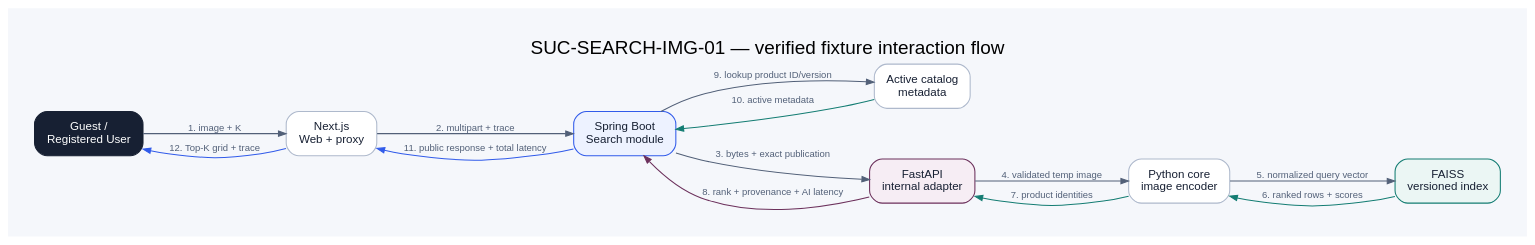
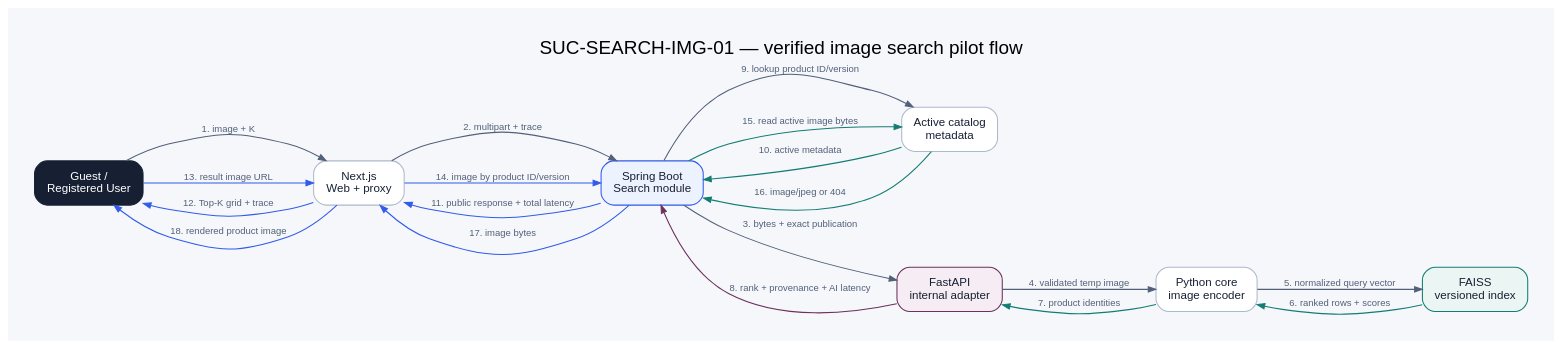
Before and after one commit to khoapoke/fasearch: the diagram in tools/diagrams/week6/image-search-sequence.v1.dot, drawn with Graphviz. The commit also changed 16 other files, not shown here.

First line of the commit message:
feat(search): verify 600-product CLIP pilot and serve images

```diff
--- a/tools/diagrams/week6/image-search-sequence.v1.dot
+++ b/tools/diagrams/week6/image-search-sequence.v1.dot
@@ -1,51 +1,57 @@
 digraph ImageSearchSequence {
   graph [
     rankdir=LR,
     bgcolor="#f5f7fb",
     pad="0.35",
     nodesep="0.5",
     ranksep="0.65",
     fontname="Arial",
-    label="SUC-SEARCH-IMG-01 — verified fixture interaction flow",
+    label="SUC-SEARCH-IMG-01 — verified image search pilot flow",
     labelloc="t",
     fontsize="18"
   ];
   node [
     shape=box,
     style="rounded,filled",
     fillcolor="#ffffff",
     color="#aeb9cc",
     fontcolor="#172033",
     fontname="Arial",
     fontsize="11",
     margin="0.16,0.12"
   ];
   edge [
     color="#526078",
     fontcolor="#526078",
     fontname="Arial",
     fontsize="9",
     arrowsize="0.72"
   ];
 
   guest [label="Guest /\nRegistered User", fillcolor="#172033", fontcolor="#ffffff", color="#172033"];
   web [label="Next.js\nWeb + proxy"];
   api [label="Spring Boot\nSearch module", fillcolor="#edf2ff", color="#315bea"];
   catalog [label="Active catalog\nmetadata"];
   fastapi [label="FastAPI\ninternal adapter", fillcolor="#f6edf4", color="#6c315c"];
   core [label="Python core\nimage encoder"];
   faiss [label="FAISS\nversioned index", fillcolor="#ebf6f4", color="#147d73"];
 
   guest -> web [label="1. image + K"];
   web -> api [label="2. multipart + trace"];
   api -> fastapi [label="3. bytes + exact publication"];
   fastapi -> core [label="4. validated temp image"];
   core -> faiss [label="5. normalized query vector"];
   faiss -> core [label="6. ranked rows + scores", color="#147d73"];
   core -> fastapi [label="7. product identities", color="#147d73"];
   fastapi -> api [label="8. rank + provenance + AI latency", color="#6c315c"];
   api -> catalog [label="9. lookup product ID/version"];
   catalog -> api [label="10. active metadata", color="#147d73"];
   api -> web [label="11. public response + total latency", color="#315bea"];
   web -> guest [label="12. Top-K grid + trace", color="#315bea"];
+  guest -> web [label="13. result image URL", color="#315bea"];
+  web -> api [label="14. image by product ID/version", color="#315bea"];
+  api -> catalog [label="15. read active image bytes", color="#147d73"];
+  catalog -> api [label="16. image/jpeg or 404", color="#147d73"];
+  api -> web [label="17. image bytes", color="#315bea"];
+  web -> guest [label="18. rendered product image", color="#315bea"];
 }
```
